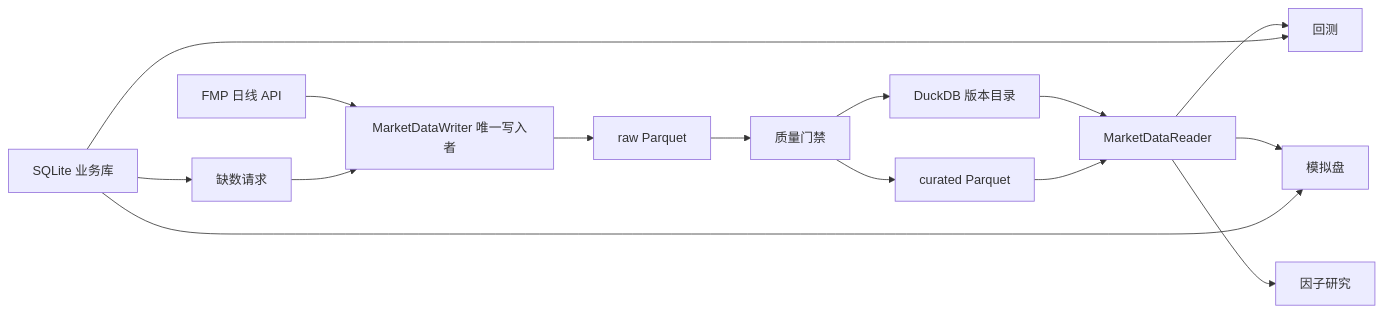
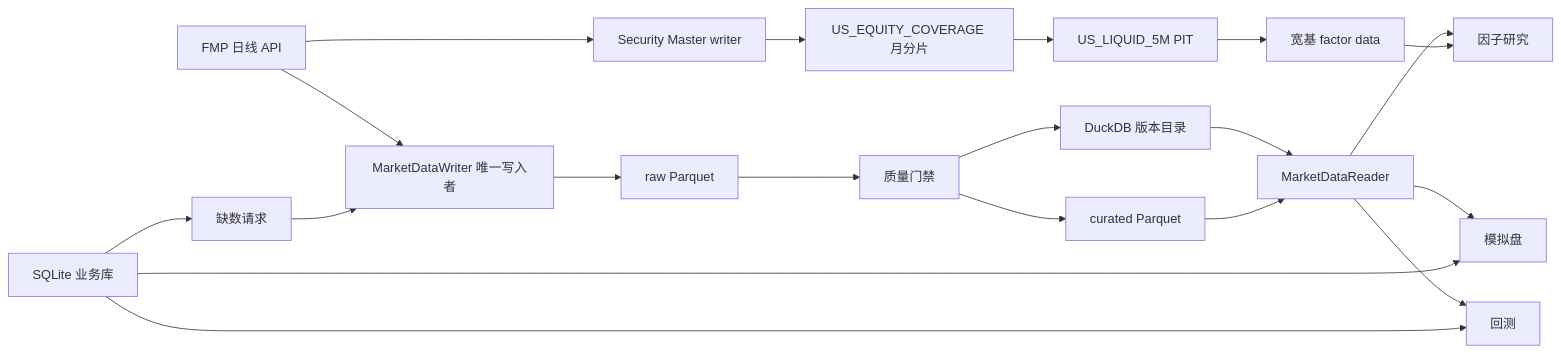
Before and after one commit to Clno1/quant-factor-framework: the diagram in docs/unified_data_storage.md, drawn with Mermaid. The commit also changed other lines of this file and 171 other files, not shown here.

````diff
--- a/docs/unified_data_storage.md
+++ b/docs/unified_data_storage.md
@@ -20,17 +20,22 @@
 ```mermaid
 flowchart LR
     FMP["FMP 日线 API"] --> W["MarketDataWriter 唯一写入者"]
     W --> RAW["raw Parquet"]
     RAW --> QA["质量门禁"]
     QA --> CUR["curated Parquet"]
     QA --> CAT["DuckDB 版本目录"]
     CAT --> READER["MarketDataReader"]
     CUR --> READER
     READER --> RESEARCH["因子研究"]
     READER --> BACKTEST["回测"]
     READER --> PAPER["模拟盘"]
     APP["SQLite 业务库"] --> BACKTEST
     APP --> PAPER
     APP --> REQUEST["缺数请求"]
     REQUEST --> W
+    FMP --> SM["Security Master writer"]
+    SM --> BC["US_EQUITY_COVERAGE 月分片"]
+    BC --> PIT["US_LIQUID_5M PIT"]
+    PIT --> BFD["宽基 factor data"]
+    BFD --> RESEARCH
 ```
````
